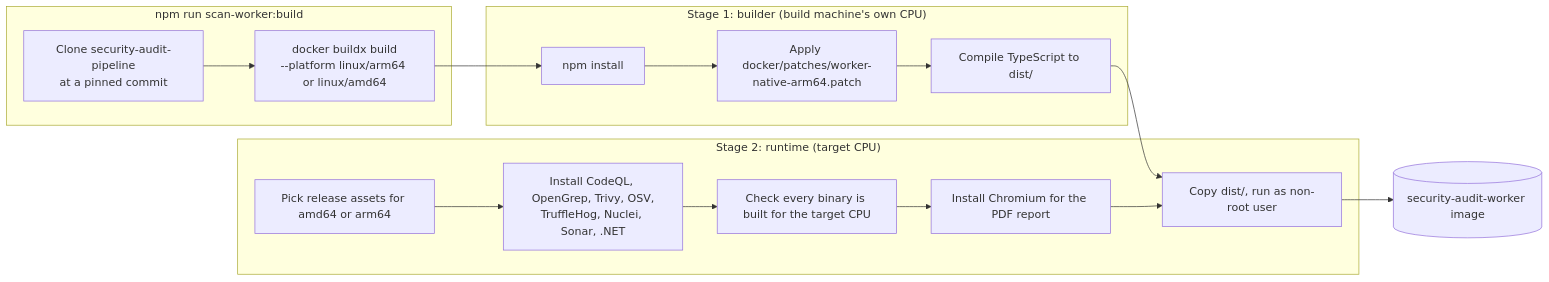
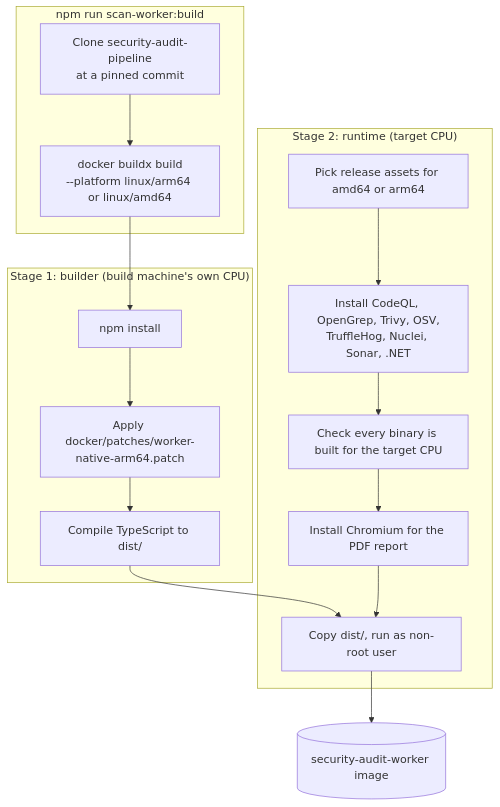
The fifth of 6 diagrams in README.md (ayushiii2707/ADIS-Autonomous-Development-Inspection-System), drawn with Mermaid before and after one commit.

Commit message:
docs: draw the Docker build diagram top to bottom so it is readable

````diff
--- a/README.md
+++ b/README.md
@@ -282,18 +282,18 @@
 ```mermaid
-flowchart LR
+flowchart TB
     subgraph Host["npm run scan-worker:build"]
         CL[Clone security-audit-pipeline<br/>at a pinned commit] --> BX[docker buildx build<br/>--platform linux/arm64 or linux/amd64]
     end
     BX --> B1
     subgraph Builder["Stage 1: builder (build machine's own CPU)"]
         B1[npm install] --> B2[Apply docker/patches/worker-native-arm64.patch] --> B3[Compile TypeScript to dist/]
     end
     B3 --> R5
     subgraph Runtime["Stage 2: runtime (target CPU)"]
         R1[Pick release assets for amd64 or arm64] --> R2[Install CodeQL, OpenGrep, Trivy, OSV,<br/>TruffleHog, Nuclei, Sonar, .NET]
         R2 --> R3[Check every binary is built for the target CPU]
         R3 --> R4[Install Chromium for the PDF report]
         R4 --> R5[Copy dist/, run as non-root user]
     end
     R5 --> IMG[(security-audit-worker image)]
 ```
````
